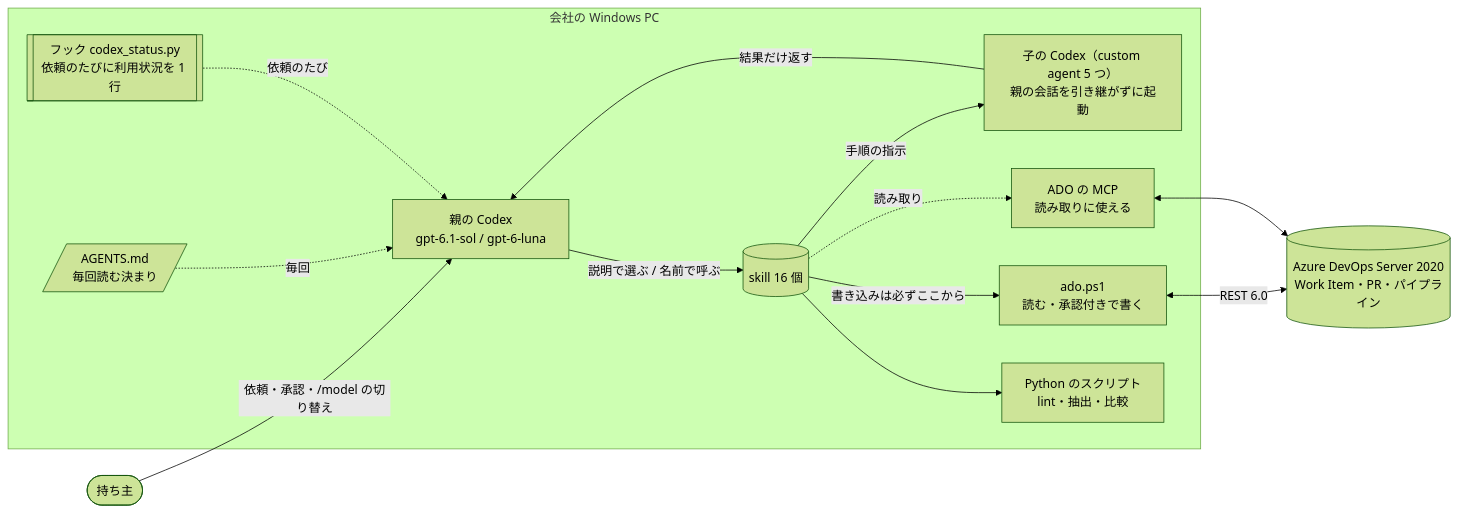
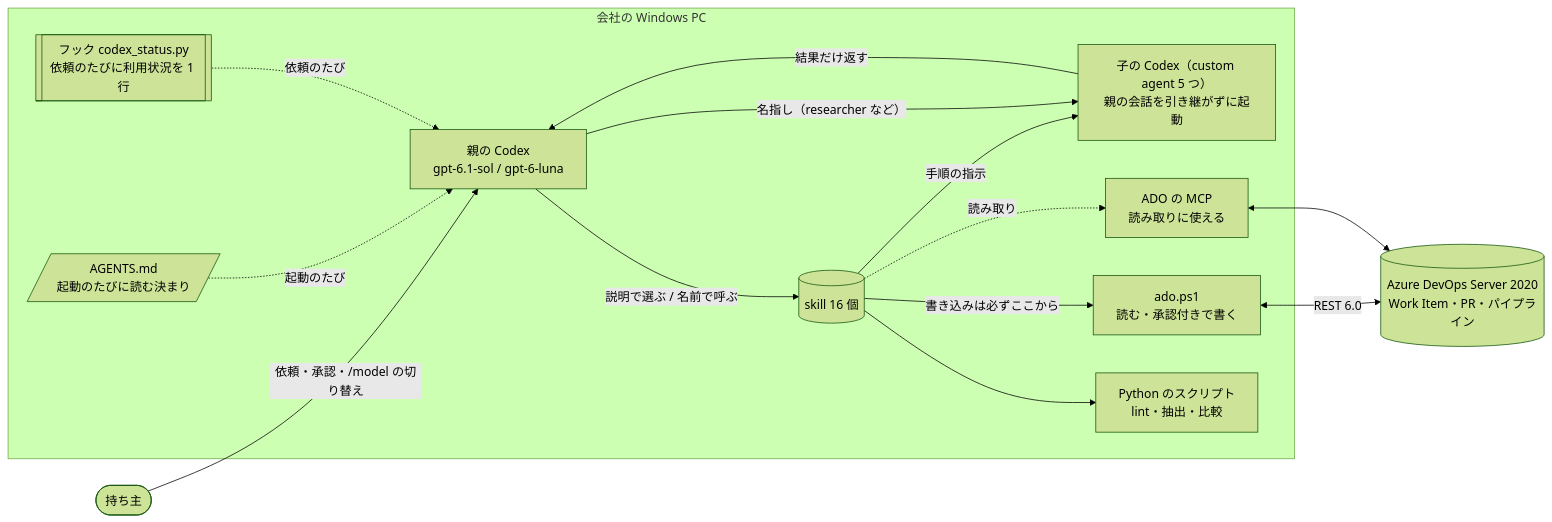
One commit to iroha924/dev-com changed the first of 6 diagrams in README.md. Above: the diagram before and after it, drawn with Mermaid (forest theme). The commit also changed other lines of this file and 1 other file, not shown here.

Commit message:
docs: 図と本文を実装に合わせ、Unblock-File を自分の skill だけにかける（レビューの指摘）

````diff
--- a/README.md
+++ b/README.md
@@ -27,26 +27,27 @@
 ```mermaid
 flowchart LR
     owner(["持ち主"])
     subgraph pc["会社の Windows PC"]
         codex["親の Codex<br/>gpt-6.1-sol / gpt-6-luna"]
-        agentsmd[/"AGENTS.md<br/>毎回読む決まり"/]
+        agentsmd[/"AGENTS.md<br/>起動のたびに読む決まり"/]
         hook[["フック codex_status.py<br/>依頼のたびに利用状況を 1 行"]]
         skills[("skill 16 個")]
         child["子の Codex（custom agent 5 つ）<br/>親の会話を引き継がずに起動"]
         adops1["ado.ps1<br/>読む・承認付きで書く"]
         mcp["ADO の MCP<br/>読み取りに使える"]
         scripts["Python のスクリプト<br/>lint・抽出・比較"]
     end
     ado[("Azure DevOps Server 2020<br/>Work Item・PR・パイプライン")]
     owner -- "依頼・承認・/model の切り替え" --> codex
-    agentsmd -. "毎回" .-> codex
+    agentsmd -. "起動のたび" .-> codex
     hook -. "依頼のたび" .-> codex
     codex -- "説明で選ぶ / 名前で呼ぶ" --> skills
     skills -- "手順の指示" --> child
+    codex -- "名指し（researcher など）" --> child
     skills --> scripts
     skills -- "書き込みは必ずここから" --> adops1
     skills -. "読み取り" .-> mcp
     adops1 <-- "REST 6.0" --> ado
     mcp <--> ado
     child -- "結果だけ返す" --> codex
 ```
````
